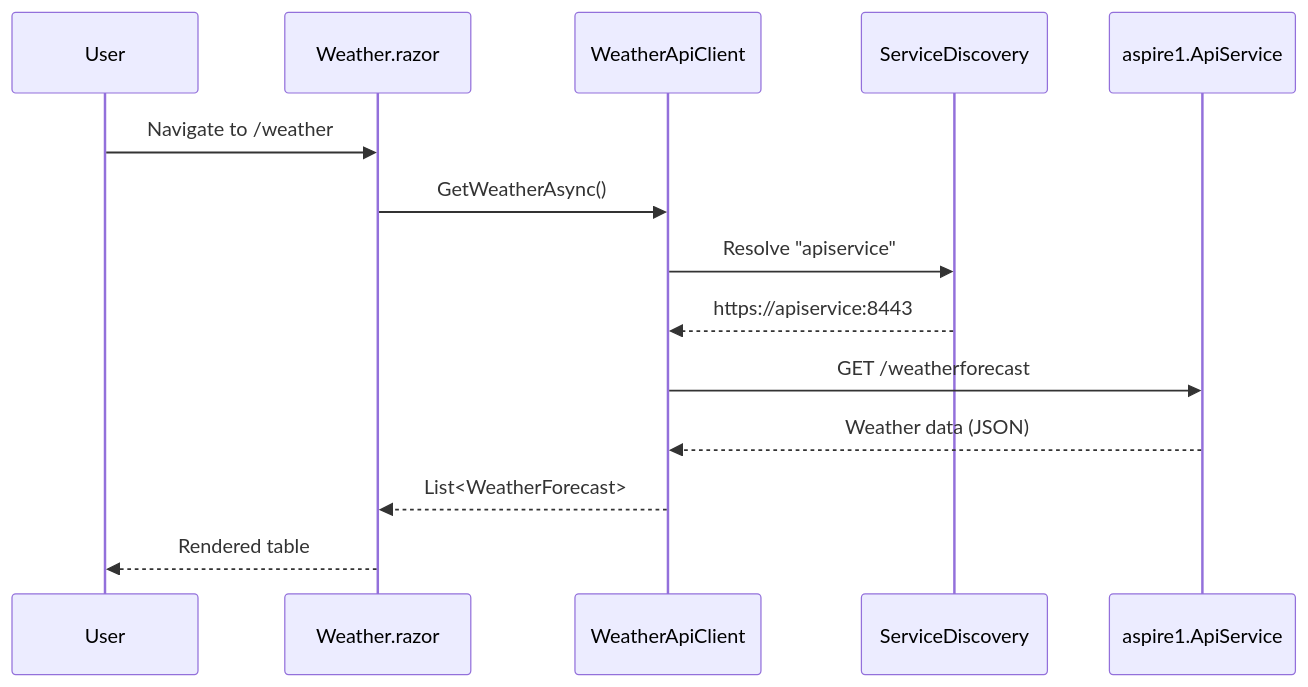
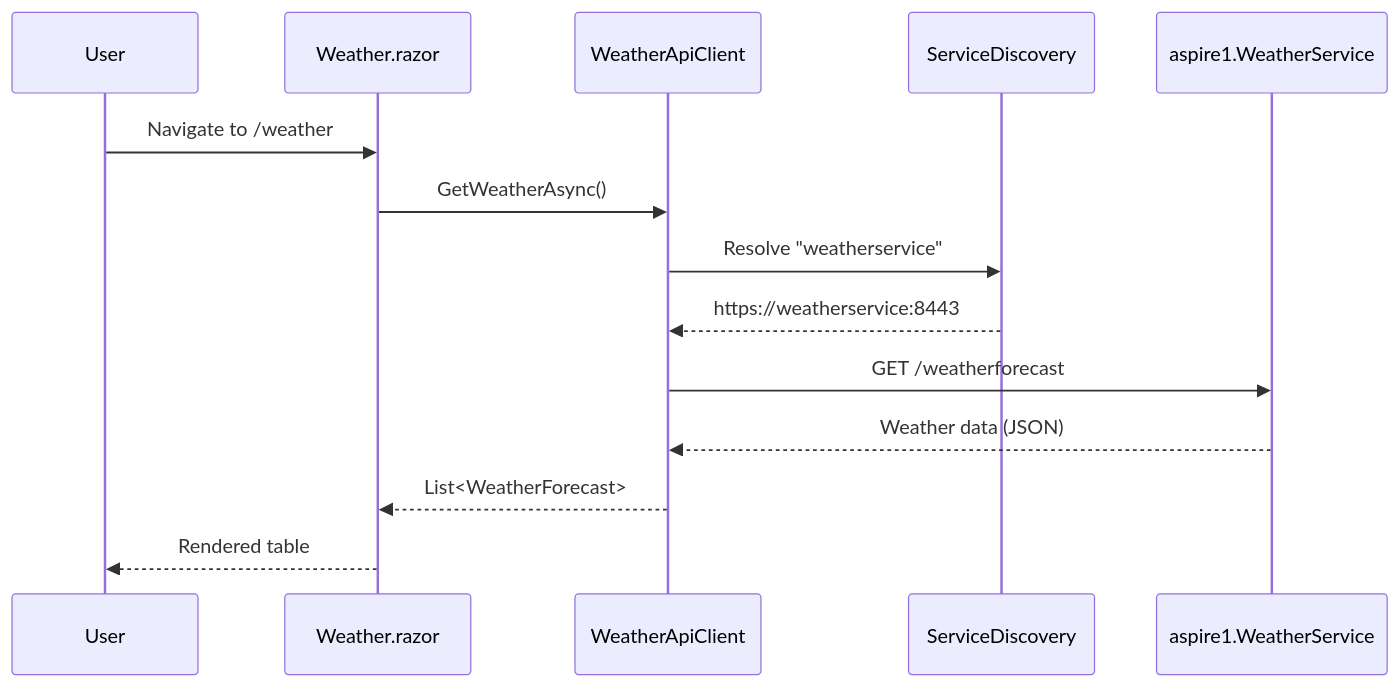
The second of 3 diagrams in aspire1.Web/ARCHITECTURE.md (rbmathis/aspire1), drawn with Mermaid before and after one commit. The commit also changed other lines of this file and 23 other files, not shown here.

````diff
--- a/aspire1.Web/ARCHITECTURE.md
+++ b/aspire1.Web/ARCHITECTURE.md
@@ -146,17 +146,17 @@
 ```mermaid
 sequenceDiagram
     participant User
     participant Weather.razor
     participant WeatherApiClient
     participant ServiceDiscovery
-    participant API as aspire1.ApiService
+    participant API as aspire1.WeatherService
 
     User->>Weather.razor: Navigate to /weather
     Weather.razor->>WeatherApiClient: GetWeatherAsync()
-    WeatherApiClient->>ServiceDiscovery: Resolve "apiservice"
-    ServiceDiscovery-->>WeatherApiClient: https://apiservice:8443
+    WeatherApiClient->>ServiceDiscovery: Resolve "weatherservice"
+    ServiceDiscovery-->>WeatherApiClient: https://weatherservice:8443
     WeatherApiClient->>API: GET /weatherforecast
     API-->>WeatherApiClient: Weather data (JSON)
     WeatherApiClient-->>Weather.razor: List<WeatherForecast>
     Weather.razor-->>User: Rendered table
 ```
````
